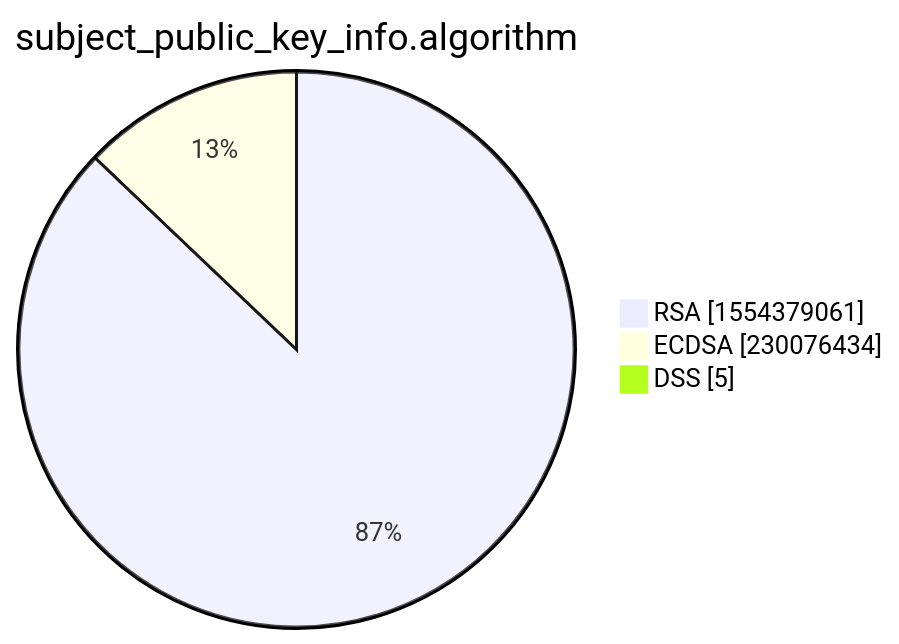
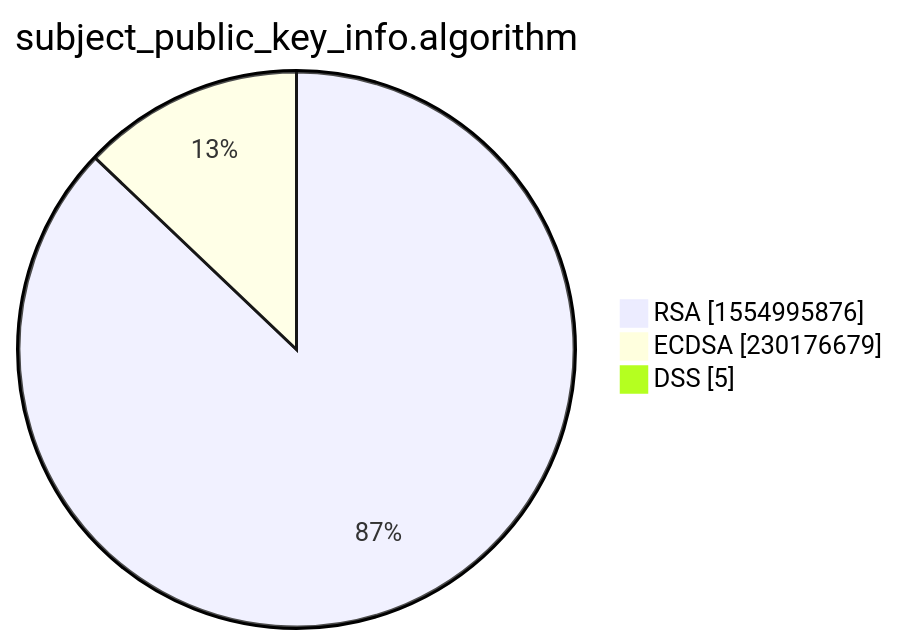
Before and after one commit to christiankrug/ctmonitor_visualization: the third of 15 diagrams in xenon2022/README.md, drawn with Mermaid. The commit also changed other lines of this file, not shown here.

````diff
--- a/xenon2022/README.md
+++ b/xenon2022/README.md
@@ -14,7 +14,7 @@
 ```mermaid
 pie showData
 title subject_public_key_info.algorithm
-"RSA" :1554379061
-"ECDSA" :230076434
+"RSA" :1554995876
+"ECDSA" :230176679
 "DSS" :5
 ```
````
